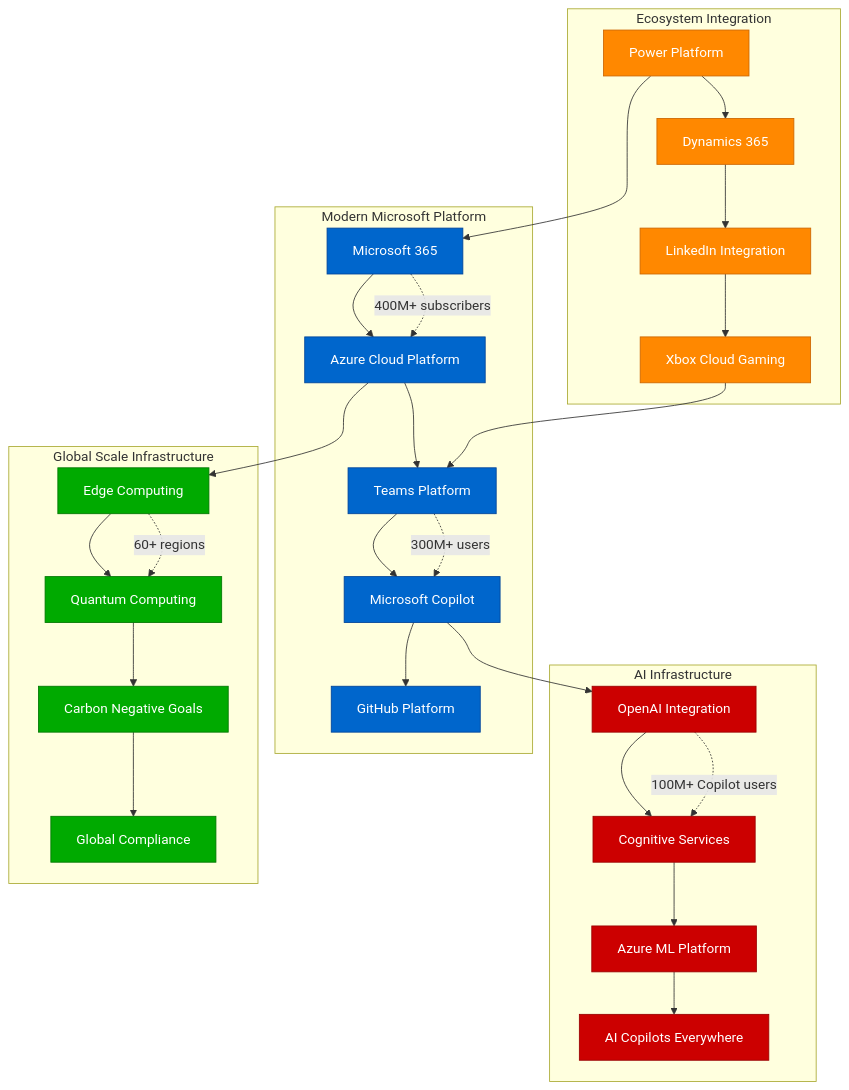
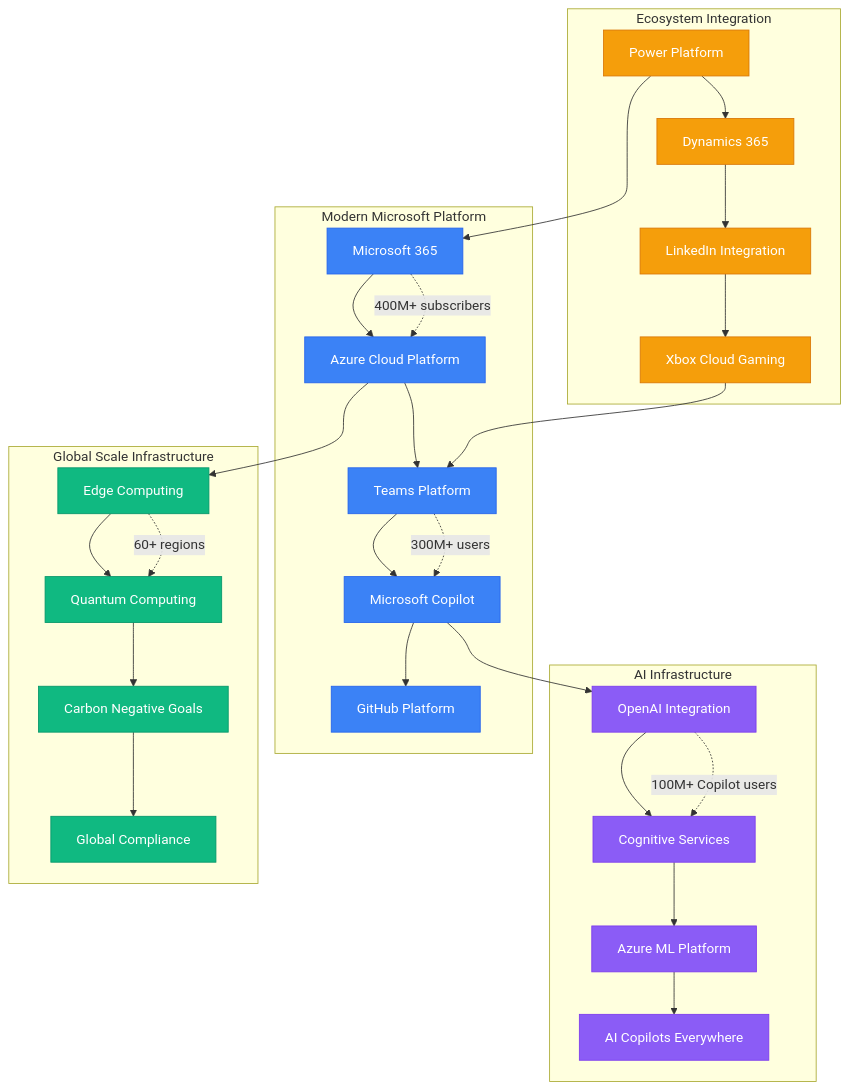
One commit to deepaucksharma/DS changed the fifth of 12 diagrams in site/docs/systems/microsoft/scale-evolution.md. Above: the diagram before and after it, drawn with Mermaid. The commit also changed other lines of this file and 303 other files, not shown here.

````diff
--- a/site/docs/systems/microsoft/scale-evolution.md
+++ b/site/docs/systems/microsoft/scale-evolution.md
@@ -231,74 +231,74 @@
 ```mermaid
 graph TB
     subgraph ModernPlatform[Modern Microsoft Platform]
         MICROSOFT365[Microsoft 365]
         AZURE_CLOUD[Azure Cloud Platform]
         TEAMS_PLATFORM[Teams Platform]
         COPILOT[Microsoft Copilot]
         GITHUB[GitHub Platform]
     end
 
     subgraph AIInfrastructure[AI Infrastructure]
         OPENAI_INTEGRATION[OpenAI Integration]
         COGNITIVE_SERVICES[Cognitive Services]
         ML_PLATFORM[Azure ML Platform]
         AI_COPILOTS[AI Copilots Everywhere]
     end
 
     subgraph GlobalScale[Global Scale Infrastructure]
         EDGE_COMPUTING[Edge Computing]
         QUANTUM_COMPUTING[Quantum Computing]
         SUSTAINABILITY[Carbon Negative Goals]
         GLOBAL_COMPLIANCE[Global Compliance]
     end
 
     subgraph EcosystemIntegration[Ecosystem Integration]
         POWER_PLATFORM[Power Platform]
         DYNAMICS_365[Dynamics 365]
         LINKEDIN_INTEGRATION[LinkedIn Integration]
         GAMING_CLOUD[Xbox Cloud Gaming]
     end
 
     %% Modern platform connections
     MICROSOFT365 --> AZURE_CLOUD
     AZURE_CLOUD --> TEAMS_PLATFORM
     TEAMS_PLATFORM --> COPILOT
     COPILOT --> GITHUB
 
     %% AI integration
     OPENAI_INTEGRATION --> COGNITIVE_SERVICES
     COGNITIVE_SERVICES --> ML_PLATFORM
     ML_PLATFORM --> AI_COPILOTS
 
     %% Global infrastructure
     EDGE_COMPUTING --> QUANTUM_COMPUTING
     QUANTUM_COMPUTING --> SUSTAINABILITY
     SUSTAINABILITY --> GLOBAL_COMPLIANCE
 
     %% Ecosystem
     POWER_PLATFORM --> DYNAMICS_365
     DYNAMICS_365 --> LINKEDIN_INTEGRATION
     LINKEDIN_INTEGRATION --> GAMING_CLOUD
 
     %% Cross-platform integration
     COPILOT --> OPENAI_INTEGRATION
     AZURE_CLOUD --> EDGE_COMPUTING
     POWER_PLATFORM --> MICROSOFT365
     GAMING_CLOUD --> TEAMS_PLATFORM
 
     %% Current scale metrics
     MICROSOFT365 -.->|"400M+ subscribers"| AZURE_CLOUD
     TEAMS_PLATFORM -.->|"300M+ users"| COPILOT
     OPENAI_INTEGRATION -.->|"100M+ Copilot users"| COGNITIVE_SERVICES
     EDGE_COMPUTING -.->|"60+ regions"| QUANTUM_COMPUTING
 
-    classDef platformStyle fill:#0066CC,stroke:#004499,color:#fff
-    classDef aiStyle fill:#CC0000,stroke:#990000,color:#fff
-    classDef scaleStyle fill:#00AA00,stroke:#007700,color:#fff
-    classDef ecosystemStyle fill:#FF8800,stroke:#CC6600,color:#fff
+    classDef platformStyle fill:#3B82F6,stroke:#2563EB,color:#fff
+    classDef aiStyle fill:#8B5CF6,stroke:#7C3AED,color:#fff
+    classDef scaleStyle fill:#10B981,stroke:#059669,color:#fff
+    classDef ecosystemStyle fill:#F59E0B,stroke:#D97706,color:#fff
 
     class MICROSOFT365,AZURE_CLOUD,TEAMS_PLATFORM,COPILOT,GITHUB platformStyle
     class OPENAI_INTEGRATION,COGNITIVE_SERVICES,ML_PLATFORM,AI_COPILOTS aiStyle
     class EDGE_COMPUTING,QUANTUM_COMPUTING,SUSTAINABILITY,GLOBAL_COMPLIANCE scaleStyle
     class POWER_PLATFORM,DYNAMICS_365,LINKEDIN_INTEGRATION,GAMING_CLOUD ecosystemStyle
 ```
````
